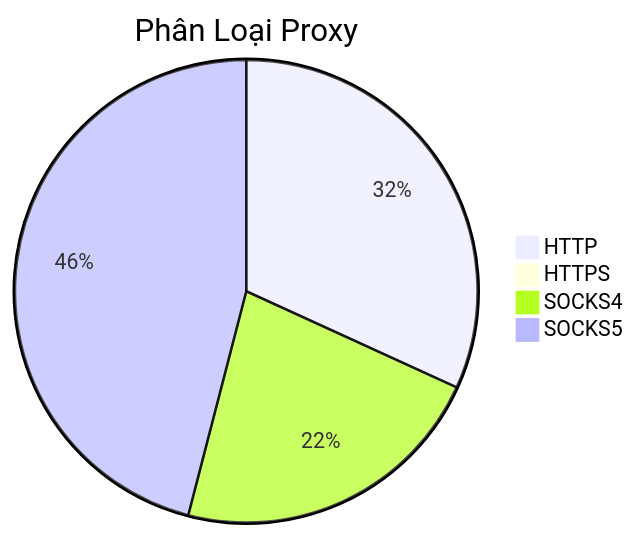
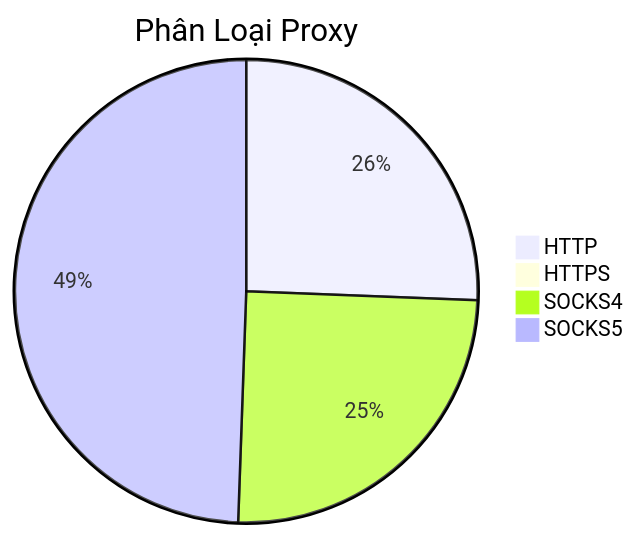
The diagram in README.md (Ciara-Aa/PROXY-free), drawn with Mermaid before and after one commit. The commit also changed other lines of this file and 4 other files, not shown here.

````diff
--- a/README.md
+++ b/README.md
@@ -26,7 +26,7 @@
 ```mermaid
 pie title Phân Loại Proxy
-    "HTTP" : 414
-    "HTTPS" : 6
-    "SOCKS4" : 289
-    "SOCKS5" : 598
+    "HTTP" : 299
+    "HTTPS" : 3
+    "SOCKS4" : 291
+    "SOCKS5" : 577
 ```
````
